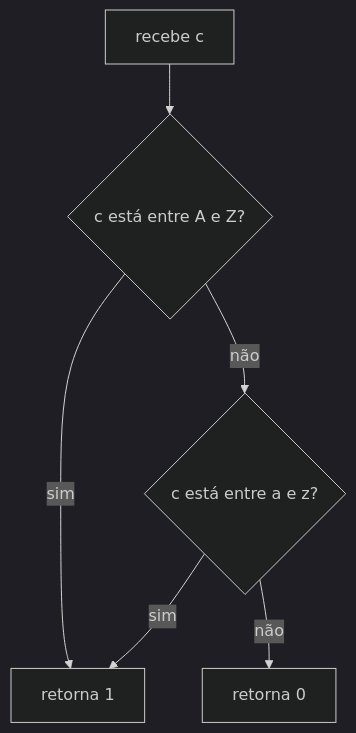
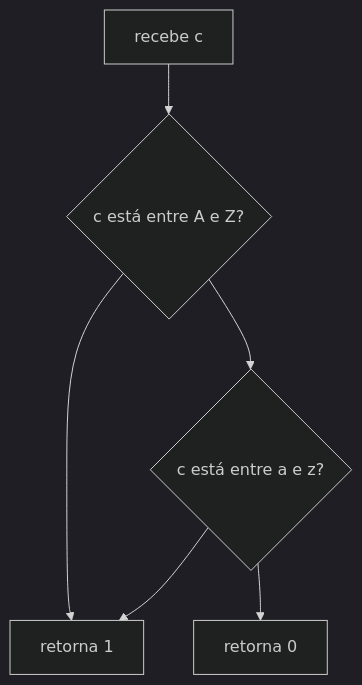
One commit to ahy-git/docs changed the second of 43 diagrams in 1-libft/Readme.md. Above: the diagram before and after it, drawn with Mermaid (dark theme). The commit also changed other lines of this file, not shown here.

````diff
--- a/1-libft/Readme.md
+++ b/1-libft/Readme.md
@@ -340,8 +340,8 @@
 ```mermaid
 flowchart TD
 	A["recebe c"] --> B{"c está entre A e Z?"}
-	B -- sim --> C["retorna 1"]
-	B -- não --> D{"c está entre a e z?"}
-	D -- sim --> C
-	D -- não --> E["retorna 0"]
+	B --> C["retorna 1"]
+	B --> D{"c está entre a e z?"}
+	D --> C
+	D --> E["retorna 0"]
 ```
````
